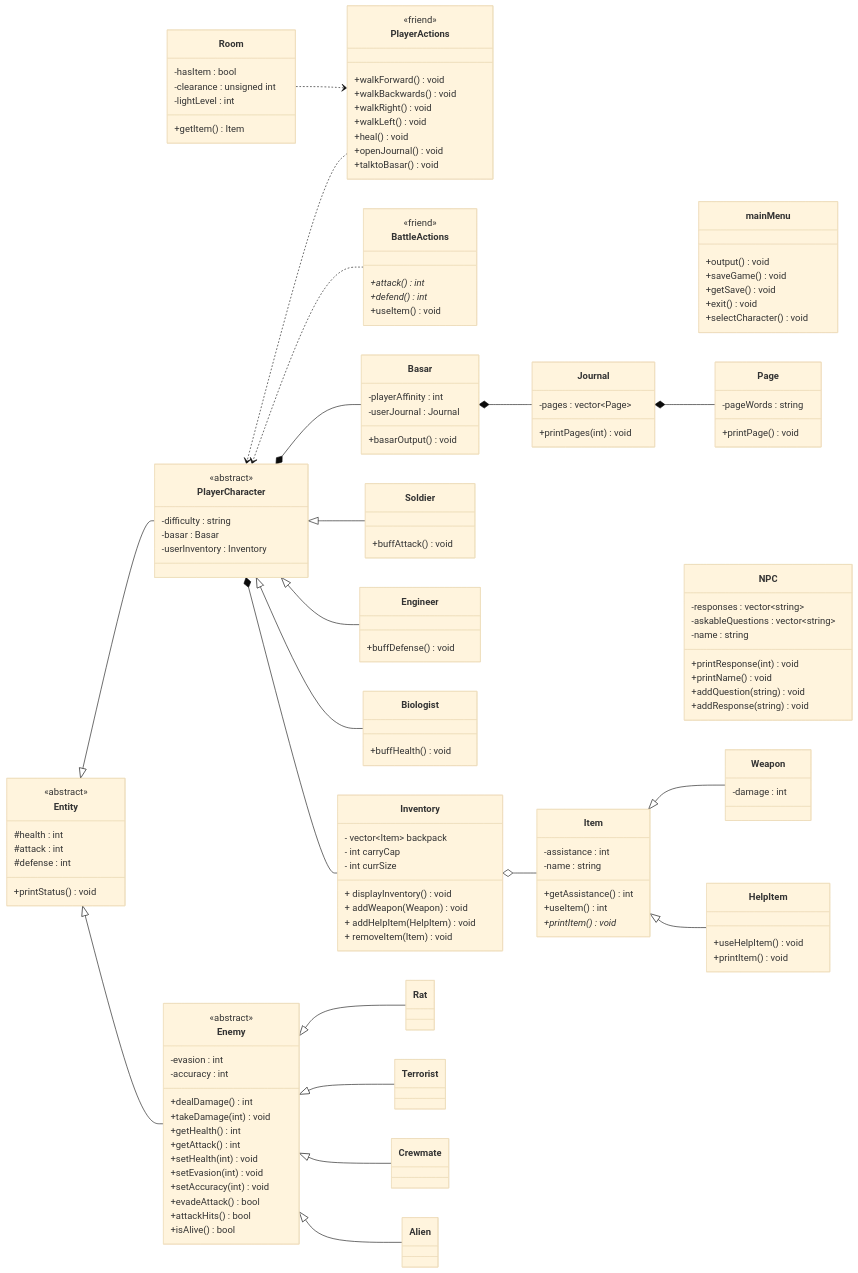
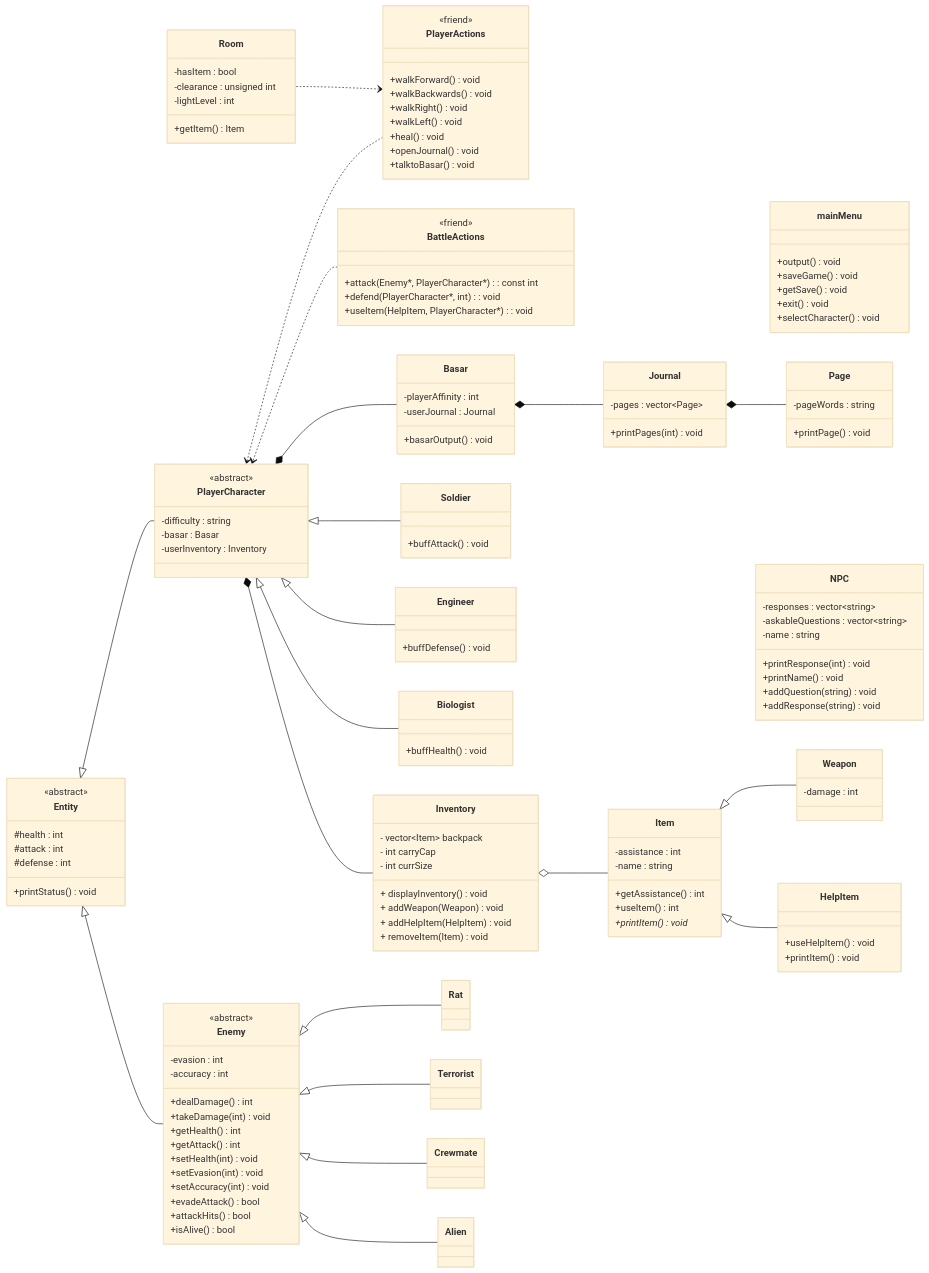
Before and after one commit to jalee314/dAEraFinal: the diagram in README.md, drawn with Mermaid (base theme).

Commit message:
Update Class Diagram to reflect BattleAction Class changes

```diff
--- a/README.md
+++ b/README.md
@@ -92,9 +92,9 @@
 }
 
 class BattleActions {
-	+attack()int*
-	+defend()int*
-	+useItem()void
+	+attack(Enemy*, PlayerCharacter*) : const int
+	+defend(PlayerCharacter*, int) : void
+	+useItem(HelpItem, PlayerCharacter*) : void
 }
 <<friend>> BattleActions
 
```
